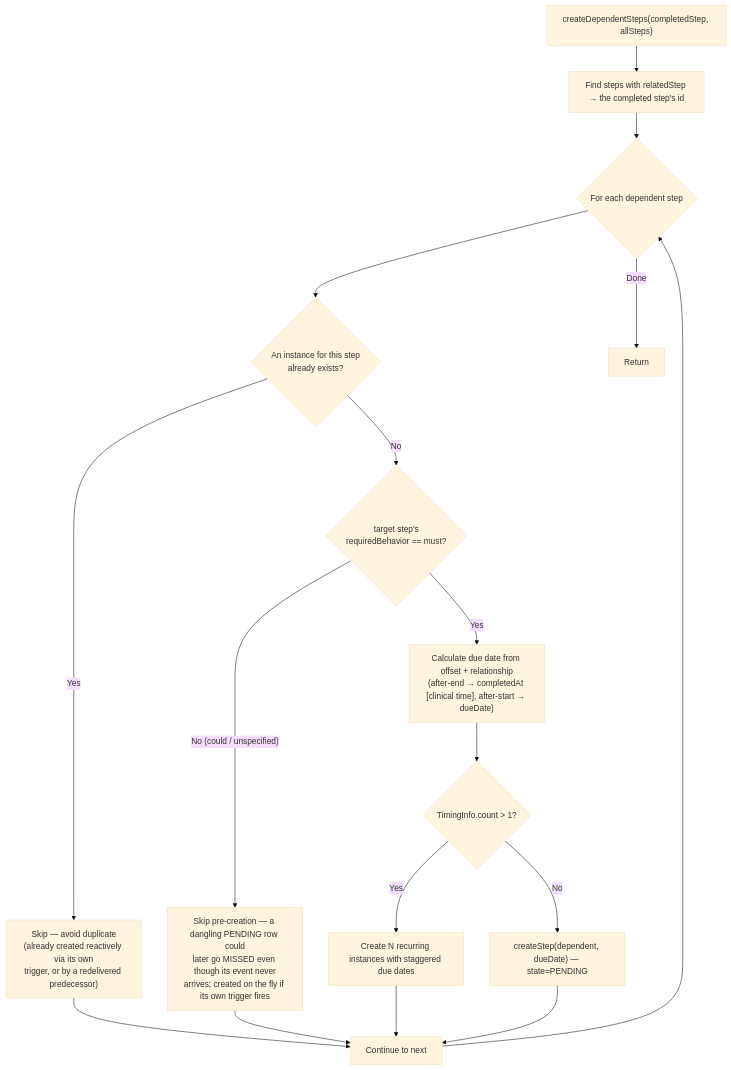
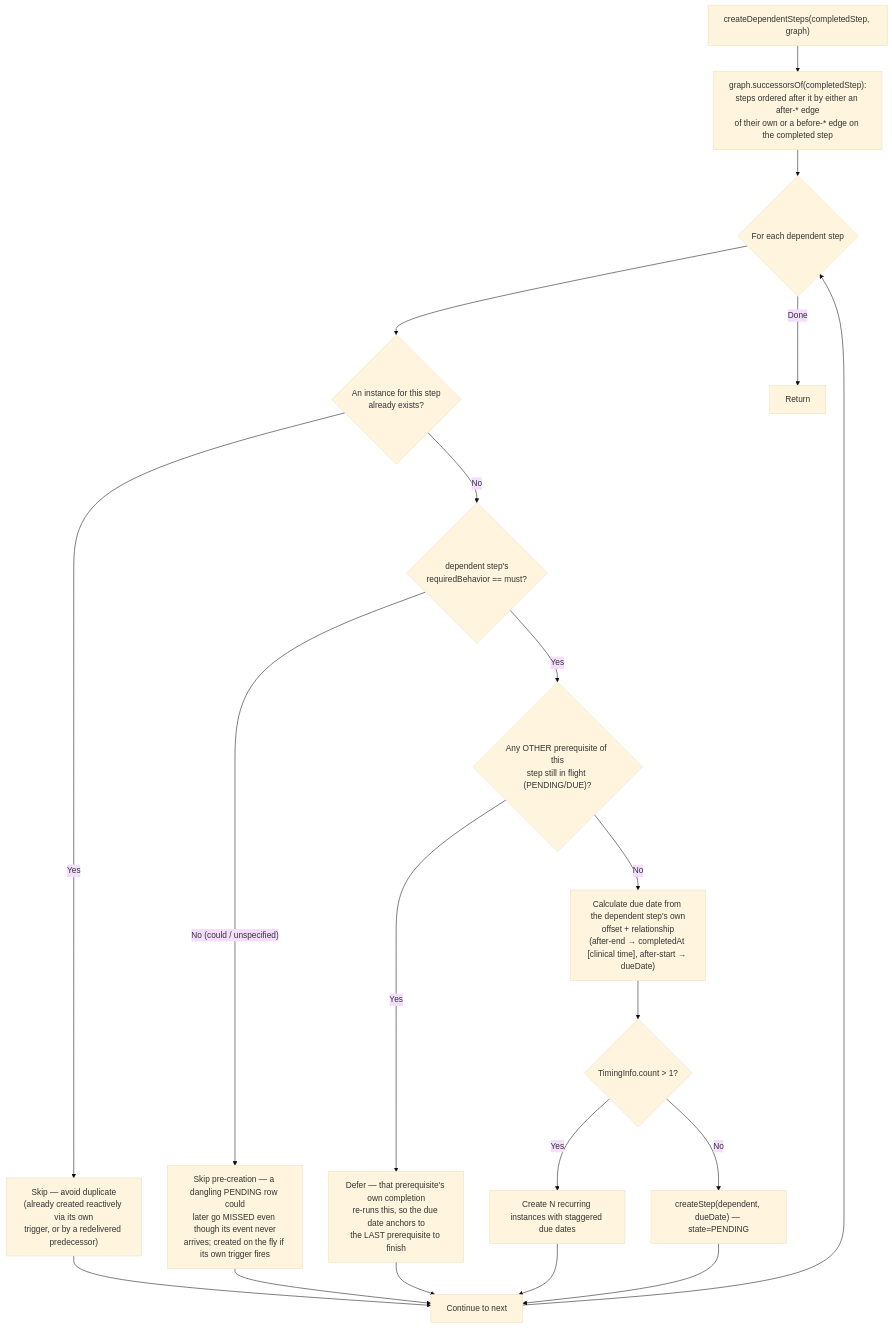
Diagram 11 of 12 in docs/flow-diagrams.md (Jayaprakash8887/cce-compliance-service), drawn with Mermaid (base theme) before and after one commit. The commit also changed other lines of this file and 17 other files, not shown here.

````diff
--- a/docs/flow-diagrams.md
+++ b/docs/flow-diagrams.md
@@ -532,21 +532,24 @@
 ```mermaid
 flowchart TD
-    START["createDependentSteps(completedStep, allSteps)"] --> FIND["Find steps with relatedStep → the completed step's id"]
+    START["createDependentSteps(completedStep, graph)"] --> FIND["graph.successorsOf(completedStep):<br/>steps ordered after it by either an after-* edge<br/>of their own or a before-* edge on the completed step"]
     FIND --> LOOP{"For each dependent step"}
     LOOP --> DEDUP{"An instance for this step<br/>already exists?"}
     DEDUP -->|"Yes"| SKIP["Skip — avoid duplicate<br/>(already created reactively via its own<br/>trigger, or by a redelivered predecessor)"]
-    DEDUP -->|"No"| MUST{"target step's<br/>requiredBehavior == must?"}
+    DEDUP -->|"No"| MUST{"dependent step's<br/>requiredBehavior == must?"}
     MUST -->|"No (could / unspecified)"| SKIP2["Skip pre-creation — a dangling PENDING row could<br/>later go MISSED even though its event never<br/>arrives; created on the fly if its own trigger fires"]
-    MUST -->|"Yes"| CALC["Calculate due date from offset + relationship<br/>(after-end → completedAt [clinical time], after-start → dueDate)"]
+    MUST -->|"Yes"| FANIN{"Any OTHER prerequisite of this<br/>step still in flight (PENDING/DUE)?"}
+    FANIN -->|"Yes"| SKIP3["Defer — that prerequisite's own completion<br/>re-runs this, so the due date anchors to<br/>the LAST prerequisite to finish"]
+    FANIN -->|"No"| CALC["Calculate due date from the dependent step's own<br/>offset + relationship<br/>(after-end → completedAt [clinical time], after-start → dueDate)"]
     CALC --> RECURRING{"TimingInfo.count > 1?"}
 
     RECURRING -->|"Yes"| MULTI["Create N recurring instances with staggered due dates"]
     RECURRING -->|"No"| SINGLE["createStep(dependent, dueDate) — state=PENDING"]
 
     MULTI --> NEXT["Continue to next"]
     SINGLE --> NEXT
     SKIP --> NEXT
     SKIP2 --> NEXT
+    SKIP3 --> NEXT
     NEXT --> LOOP
     LOOP -->|"Done"| END["Return"]
 ```
````
